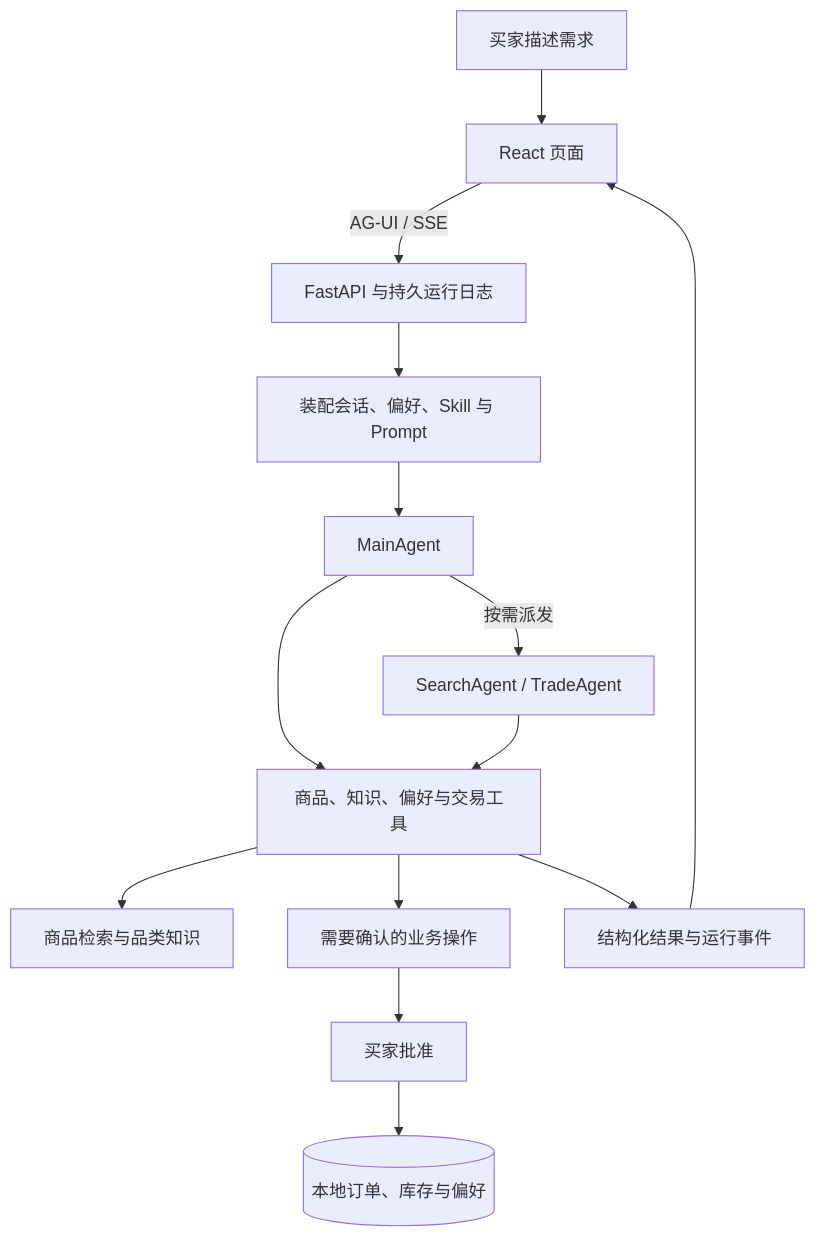
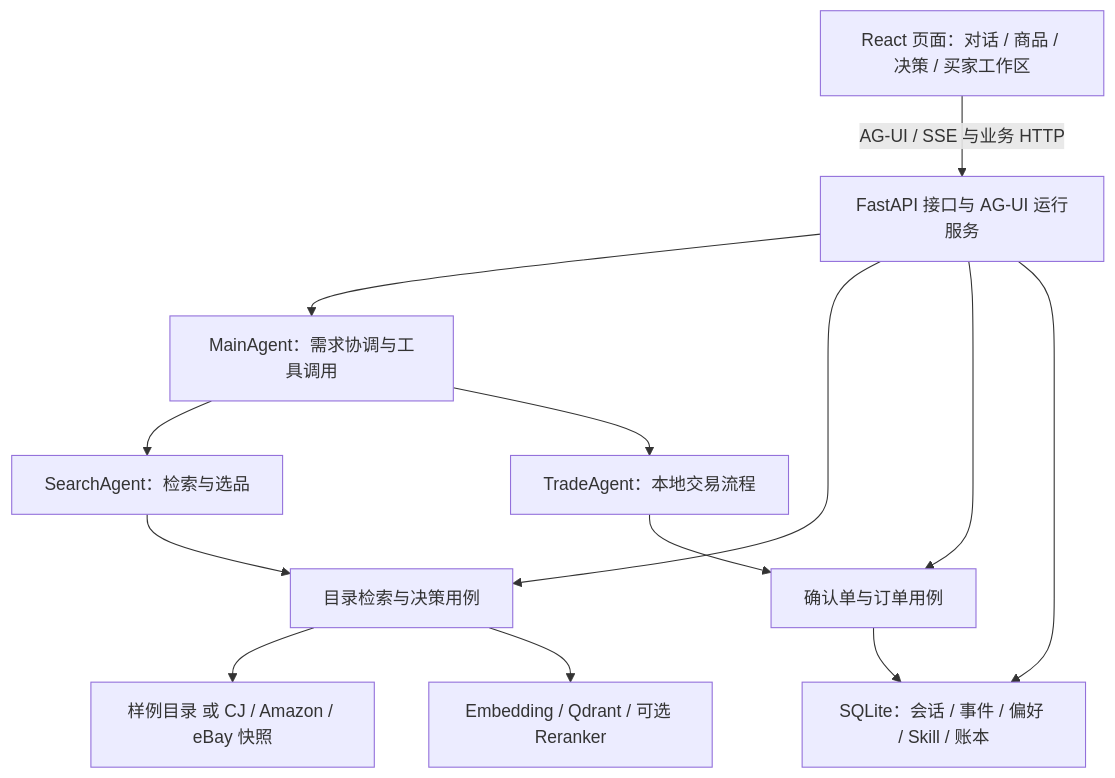
The diagram in README.md (yzhsqq/Findora), drawn with Mermaid before and after one commit. The commit also changed other lines of this file, not shown here.

Commit message:
docs: rewrite README for current Findora architecture and setup

````diff
--- a/README.md
+++ b/README.md
@@ -236,19 +173,25 @@
 ```mermaid
 flowchart TD
-    User[买家描述需求] --> UI[React 页面]
-    UI -->|AG-UI / SSE| API[FastAPI 与持久运行日志]
-    API --> Context[装配会话、偏好、Skill 与 Prompt]
-    Context --> Main[MainAgent]
-
-    Main --> Tools[商品、知识、偏好与交易工具]
-    Main -->|按需派发| Sub[SearchAgent / TradeAgent]
-    Sub --> Tools
-
-    Tools --> Search[商品检索与品类知识]
-    Tools --> Approval[需要确认的业务操作]
-    Approval --> Confirm[买家批准]
-    Confirm --> Store[(本地订单、库存与偏好)]
-
-    Tools --> Events[结构化结果与运行事件]
-    Events --> UI
+    UI[React 页面：对话 / 商品 / 决策 / 买家工作区]
+    API[FastAPI 接口与 AG-UI 运行服务]
+    Main[MainAgent：需求协调与工具调用]
+    Search[SearchAgent：检索与选品]
+    Trade[TradeAgent：本地交易流程]
+    Catalog[目录检索与决策用例]
+    Confirm[确认单与订单用例]
+    Sources[样例目录 或 CJ / Amazon / eBay 快照]
+    Retrieval[Embedding / Qdrant / 可选 Reranker]
+    State[SQLite：会话 / 事件 / 偏好 / Skill / 账本]
+    UI -->|AG-UI / SSE 与业务 HTTP| API
+    API --> Main
+    API --> Catalog
+    API --> Confirm
+    Main --> Search
+    Main --> Trade
+    Search --> Catalog
+    Trade --> Confirm
+    Catalog --> Sources
+    Catalog --> Retrieval
+    API --> State
+    Confirm --> State
 ```
````
